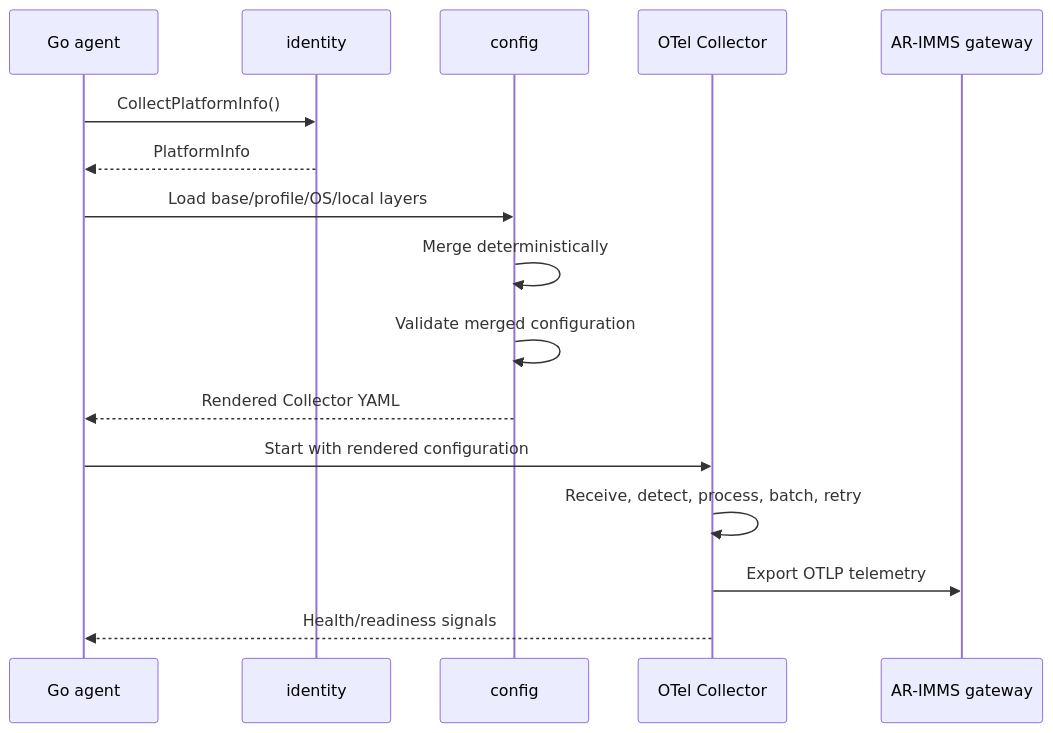
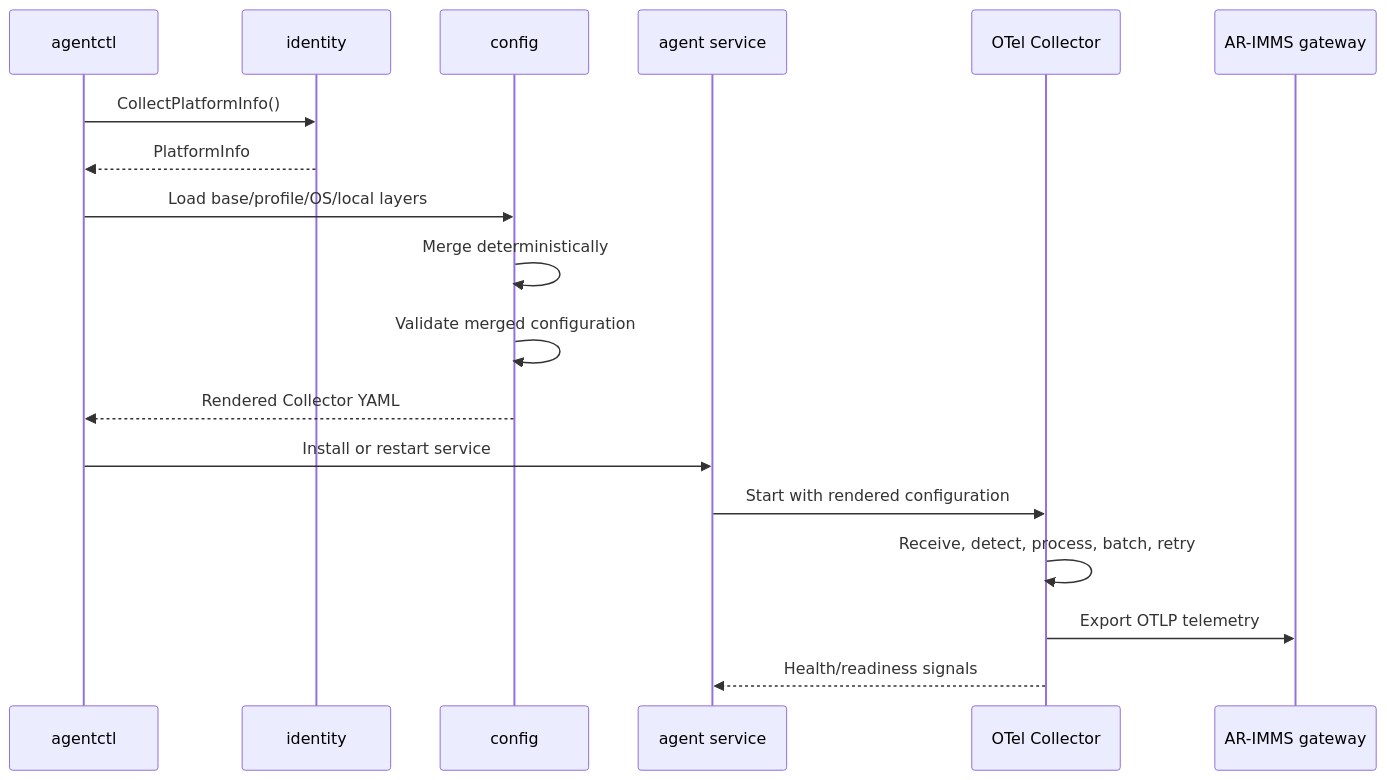
Before and after one commit to AR-IMMS/telemetry-agent: the second of 2 diagrams in docs/ARCHITECTURE.md, drawn with Mermaid. The commit also changed other lines of this file, not shown here.

Commit message:
fix: architecture

````diff
--- a/docs/ARCHITECTURE.md
+++ b/docs/ARCHITECTURE.md
@@ -152,19 +238,21 @@
 ```mermaid
 sequenceDiagram
-    participant Agent as Go agent
+    participant CLI as agentctl
     participant Identity as identity
     participant Config as config
+    participant Runtime as agent service
     participant Collector as OTel Collector
     participant Gateway as AR-IMMS gateway
 
-    Agent->>Identity: CollectPlatformInfo()
-    Identity-->>Agent: PlatformInfo
-    Agent->>Config: Load base/profile/OS/local layers
+    CLI->>Identity: CollectPlatformInfo()
+    Identity-->>CLI: PlatformInfo
+    CLI->>Config: Load base/profile/OS/local layers
     Config->>Config: Merge deterministically
     Config->>Config: Validate merged configuration
-    Config-->>Agent: Rendered Collector YAML
-    Agent->>Collector: Start with rendered configuration
+    Config-->>CLI: Rendered Collector YAML
+    CLI->>Runtime: Install or restart service
+    Runtime->>Collector: Start with rendered configuration
     Collector->>Collector: Receive, detect, process, batch, retry
     Collector->>Gateway: Export OTLP telemetry
-    Collector-->>Agent: Health/readiness signals
+    Collector-->>Runtime: Health/readiness signals
 ```
````
